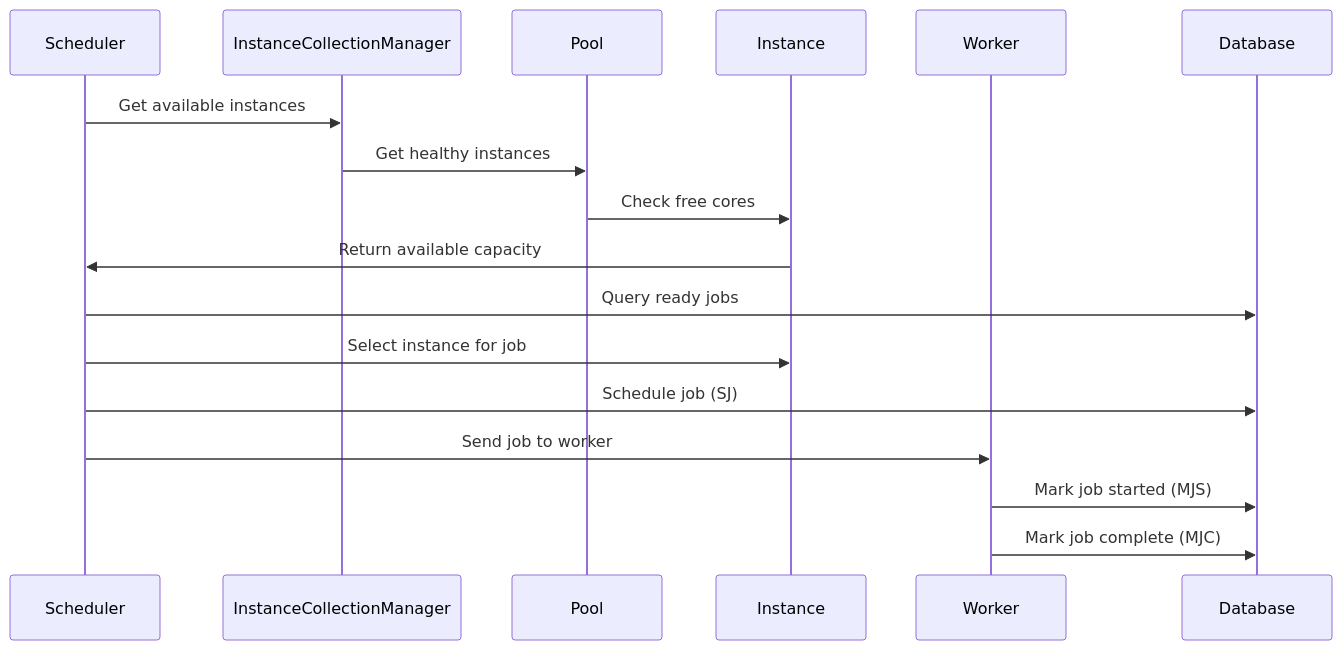
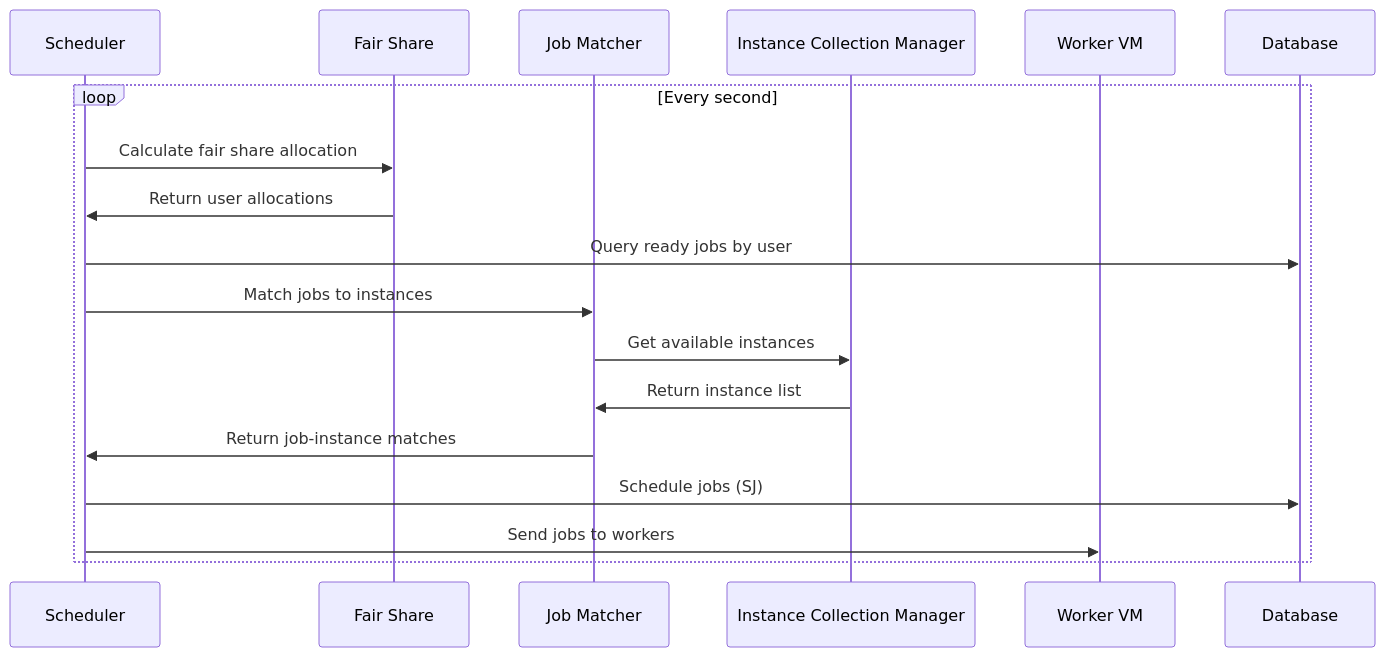
Before and after one commit to cjllanwarne/hail: the seventh of 9 diagrams in dev-docs/services/batch/code-structure.md, drawn with Mermaid. The commit also changed other lines of this file, not shown here.

````diff
--- a/dev-docs/services/batch/code-structure.md
+++ b/dev-docs/services/batch/code-structure.md
@@ -342,20 +325,21 @@
 ```mermaid
 sequenceDiagram
     participant S as Scheduler
-    participant ICM as InstanceCollectionManager
-    participant P as Pool
-    participant I as Instance
-    participant W as Worker
+    participant FS as Fair Share
+    participant JM as Job Matcher
+    participant ICM as Instance Collection Manager
+    participant W as Worker VM
     participant DB as Database
     
-    S->>ICM: Get available instances
-    ICM->>P: Get healthy instances
-    P->>I: Check free cores
-    I->>S: Return available capacity
-    S->>DB: Query ready jobs
-    S->>I: Select instance for job
-    S->>DB: Schedule job (SJ)
-    S->>W: Send job to worker
-    W->>DB: Mark job started (MJS)
-    W->>DB: Mark job complete (MJC)
+    loop Every second
+        S->>FS: Calculate fair share allocation
+        FS->>S: Return user allocations
+        S->>DB: Query ready jobs by user
+        S->>JM: Match jobs to instances
+        JM->>ICM: Get available instances
+        ICM->>JM: Return instance list
+        JM->>S: Return job-instance matches
+        S->>DB: Schedule jobs (SJ)
+        S->>W: Send jobs to workers
+    end
 ```
````
